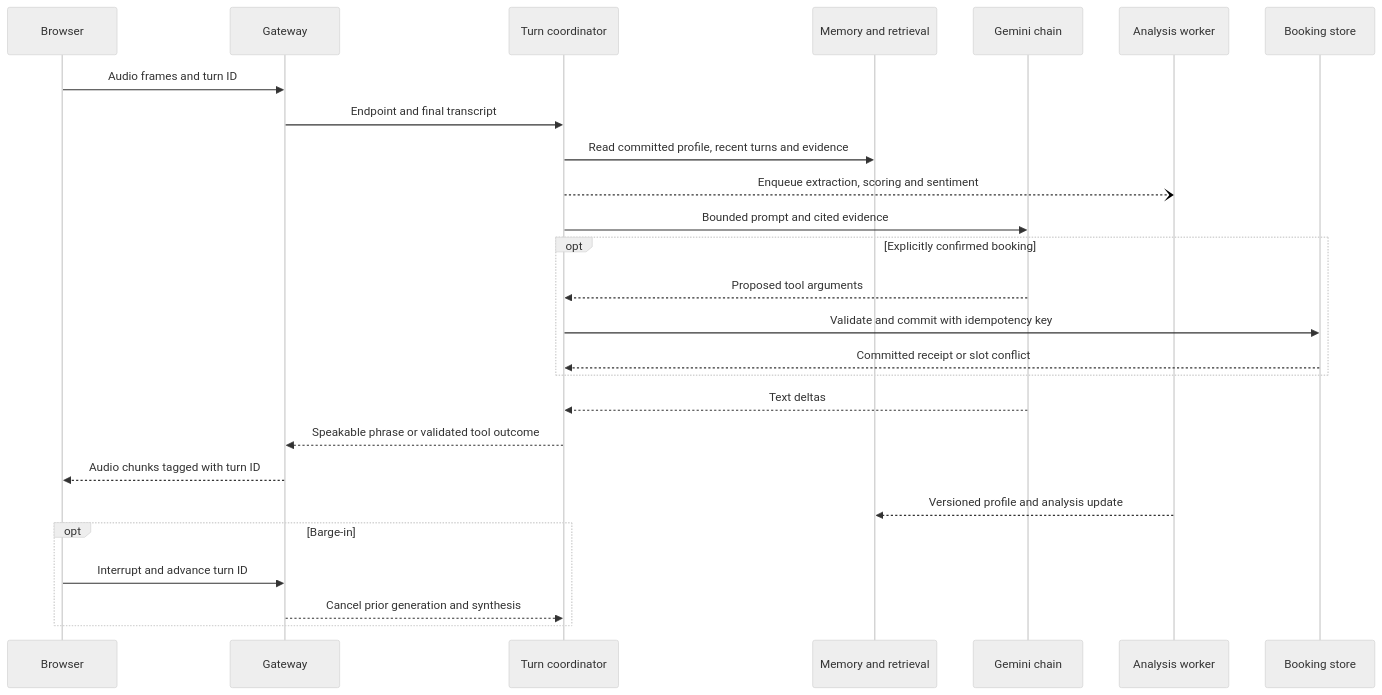
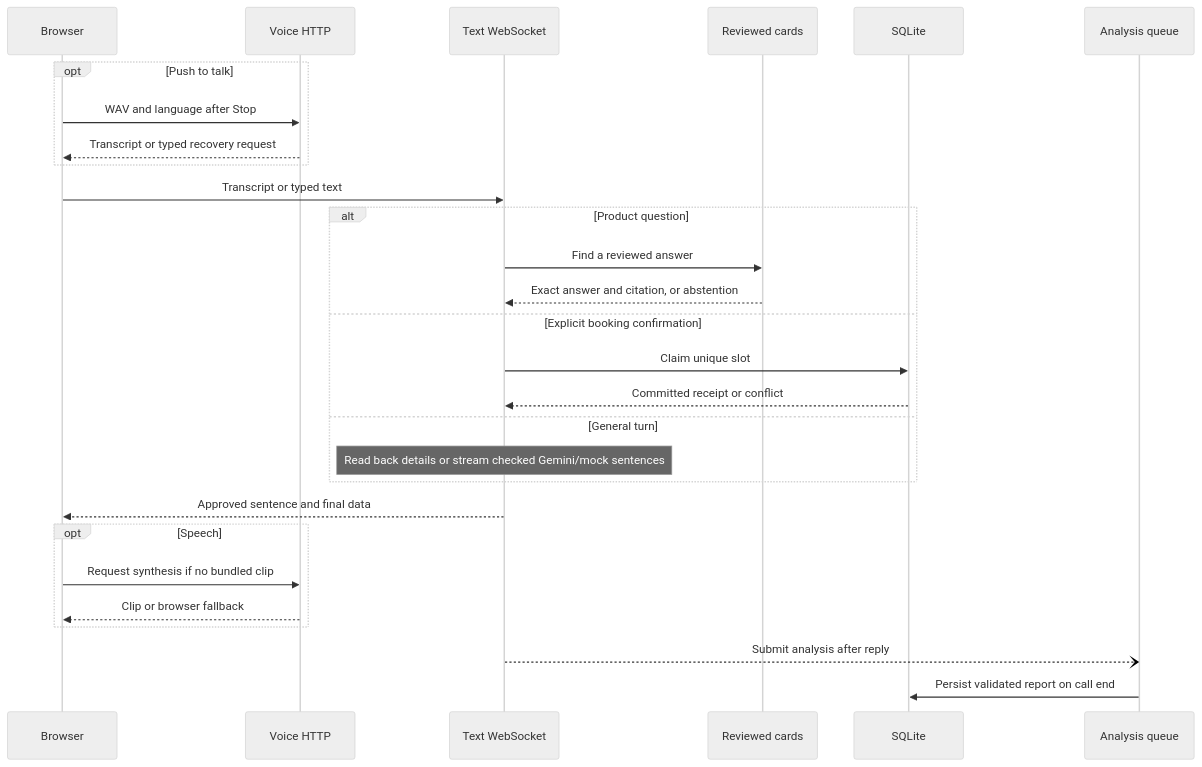
The second of 3 diagrams in docs/ARCHITECTURE.md (UJJWAL16895/FortivexAI), drawn with Mermaid (neutral theme) before and after one commit. The commit also changed other lines of this file and 21 other files, not shown here.

````diff
--- a/docs/ARCHITECTURE.md
+++ b/docs/ARCHITECTURE.md
@@ -58,28 +26,30 @@
 ```mermaid
 sequenceDiagram
     participant B as Browser
-    participant G as Gateway
-    participant T as Turn coordinator
-    participant M as Memory and retrieval
-    participant L as Gemini chain
-    participant A as Analysis worker
-    participant K as Booking store
-    B->>G: Audio frames and turn ID
-    G->>T: Endpoint and final transcript
-    T->>M: Read committed profile, recent turns and evidence
-    T--)A: Enqueue extraction, scoring and sentiment
-    T->>L: Bounded prompt and cited evidence
-    opt Explicitly confirmed booking
-        L-->>T: Proposed tool arguments
-        T->>K: Validate and commit with idempotency key
-        K-->>T: Committed receipt or slot conflict
+    participant V as Voice HTTP
+    participant S as Text WebSocket
+    participant K as Reviewed cards
+    participant D as SQLite
+    participant Q as Analysis queue
+    opt Push to talk
+      B->>V: WAV and language after Stop
+      V-->>B: Transcript or typed recovery request
     end
-    L-->>T: Text deltas
-    T-->>G: Speakable phrase or validated tool outcome
-    G-->>B: Audio chunks tagged with turn ID
-    A-->>M: Versioned profile and analysis update
-    opt Barge-in
-        B->>G: Interrupt and advance turn ID
-        G-->>T: Cancel prior generation and synthesis
+    B->>S: Transcript or typed text
+    alt Product question
+      S->>K: Find a reviewed answer
+      K-->>S: Exact answer and citation, or abstention
+    else Explicit booking confirmation
+      S->>D: Claim unique slot
+      D-->>S: Committed receipt or conflict
+    else General turn
+      Note over S: Read back details or stream checked Gemini/mock sentences
     end
+    S-->>B: Approved sentence and final data
+    opt Speech
+      B->>V: Request synthesis if no bundled clip
+      V-->>B: Clip or browser fallback
+    end
+    S--)Q: Submit analysis after reply
+    Q->>D: Persist validated report on call end
 ```
````
